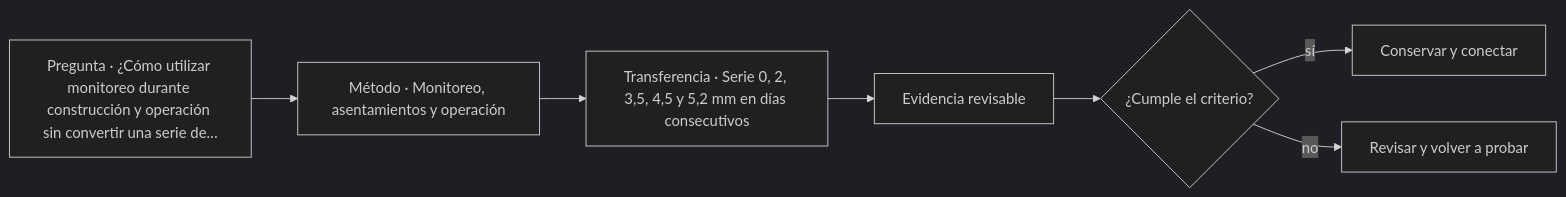
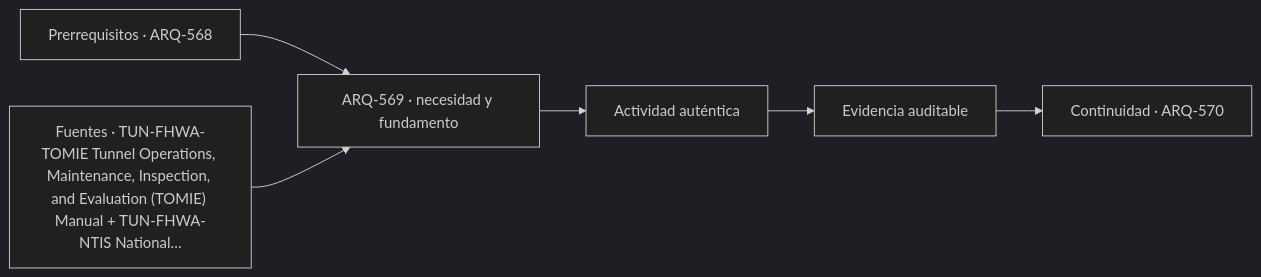
The diagram in classes/parte-57/ARQ-569.md (vladimiracunadev-create/architecture-built-environment-learning-program), drawn with Mermaid (dark theme) before and after one commit. The commit also changed other lines of this file and 761 other files, not shown here.

````diff
--- a/classes/parte-57/ARQ-569.md
+++ b/classes/parte-57/ARQ-569.md
@@ -105,9 +117,8 @@
 ```mermaid
 flowchart LR
-    Q["Pregunta · ¿Cómo utilizar monitoreo durante construcción y operación sin convertir una serie de…"] --> M["Método · Monitoreo, asentamientos y operación"]
-    M --> P["Transferencia · Serie 0, 2, 3,5, 4,5 y 5,2 mm en días consecutivos"]
-    P --> E["Evidencia revisable"]
-    E --> C{"¿Cumple el criterio?"}
-    C -->|sí| T["Conservar y conectar"]
-    C -->|no| R["Revisar y volver a probar"]
+    A["Prerrequisitos · ARQ-568"] --> B["ARQ-569 · necesidad y fundamento"]
+    S["Fuentes · TUN-FHWA-TOMIE Tunnel Operations, Maintenance, Inspection, and Evaluation (TOMIE) Manual + TUN-FHWA-NTIS National…"] --> B
+    B --> C["Actividad auténtica"]
+    C --> D["Evidencia auditable"]
+    D --> E["Continuidad · ARQ-570"]
 ```
````
